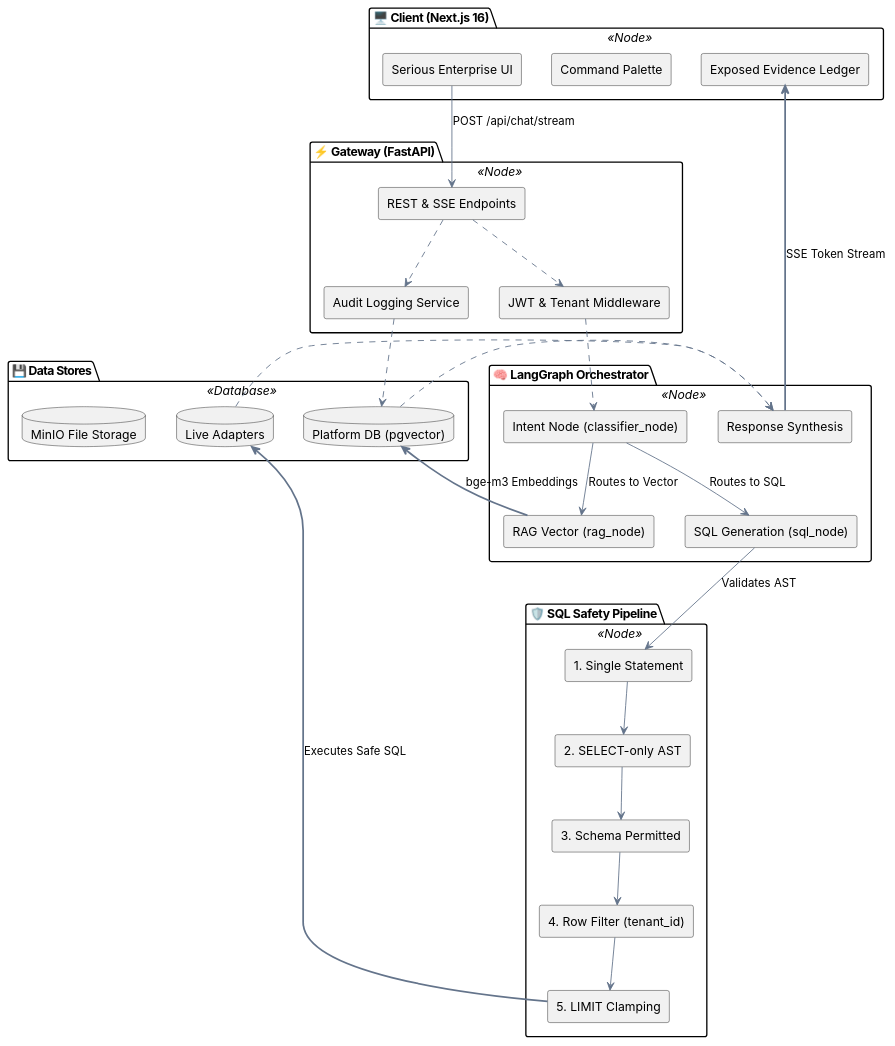
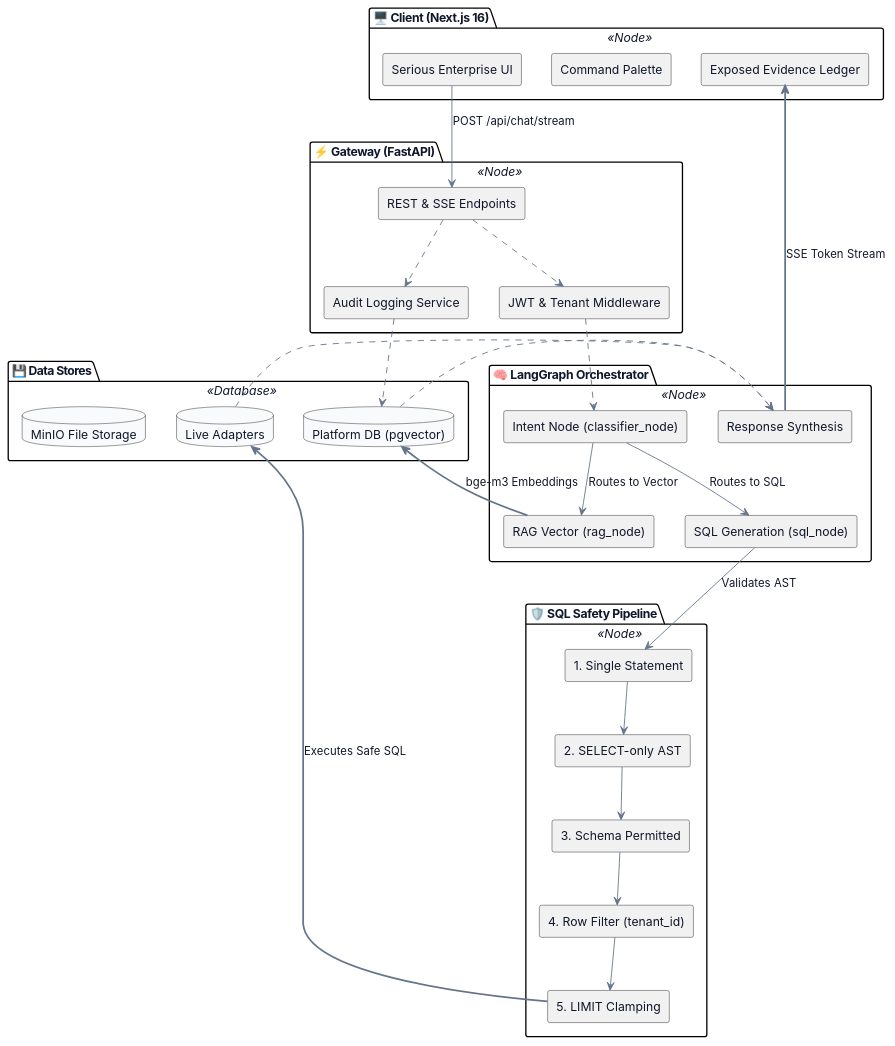
Before and after one commit to xchan404/Chat2Query: the diagram in README.md, drawn with PlantUML.

Commit message:
style: update PlantUML diagram theme to match UI color palette

````diff
--- a/README.md
+++ b/README.md
@@ -72,65 +72,69 @@
 ```plantuml
 @startuml
 skinparam componentStyle rectangle
 skinparam backgroundColor transparent
 skinparam shadowing false
 skinparam defaultFontName Inter
 skinparam ArrowColor #64748b
+skinparam defaultFontColor #0f172a
+skinparam nodeBackgroundColor #f8fafc
+skinparam databaseBackgroundColor #f8fafc
+skinparam packageBackgroundColor transparent
 
 package "🖥️ Client (Next.js 16)" as Client <<Node>> {
   [Serious Enterprise UI] as UI
   [Command Palette] as CmdK
   [Exposed Evidence Ledger] as Rail
 }
 
 package "⚡ Gateway (FastAPI)" as API <<Node>> {
   [JWT & Tenant Middleware] as Auth
   [REST & SSE Endpoints] as Router
   [Audit Logging Service] as Audit
 }
 
 package "🧠 LangGraph Orchestrator" as Engine <<Node>> {
   [Intent Node (classifier_node)] as Classifier
   [SQL Generation (sql_node)] as DBNode
   [RAG Vector (rag_node)] as DocNode
   [Response Synthesis] as Synthesizer
 }
 
 package "🛡️ SQL Safety Pipeline" as Security <<Node>> {
   [1. Single Statement] as ASTCheck
   [2. SELECT-only AST] as TypeCheck
   [3. Schema Permitted] as SchemaCheck
   [4. Row Filter (tenant_id)] as TenantCheck
   [5. LIMIT Clamping] as LimitCheck
 }
 
 package "💾 Data Stores" as Data <<Database>> {
   database "Platform DB (pgvector)" as PG
   database "Live Adapters" as TargetDB
   database "MinIO File Storage" as MinIO
 }
 
 UI --> Router : POST /api/chat/stream
 Router ..> Auth
 Auth ..> Classifier
 
 Classifier --> DBNode : Routes to SQL
 Classifier --> DocNode : Routes to Vector
 
 DBNode --> ASTCheck : Validates AST
 ASTCheck --> TypeCheck
 TypeCheck --> SchemaCheck
 SchemaCheck --> TenantCheck
 TenantCheck --> LimitCheck
 
 LimitCheck ==> TargetDB : Executes Safe SQL
 TargetDB ..> Synthesizer
 
 DocNode ==> PG : bge-m3 Embeddings
 PG ..> Synthesizer
 
 Synthesizer ==> Rail : SSE Token Stream
 Router ..> Audit
 Audit ..> PG
 @enduml
 ```
````
